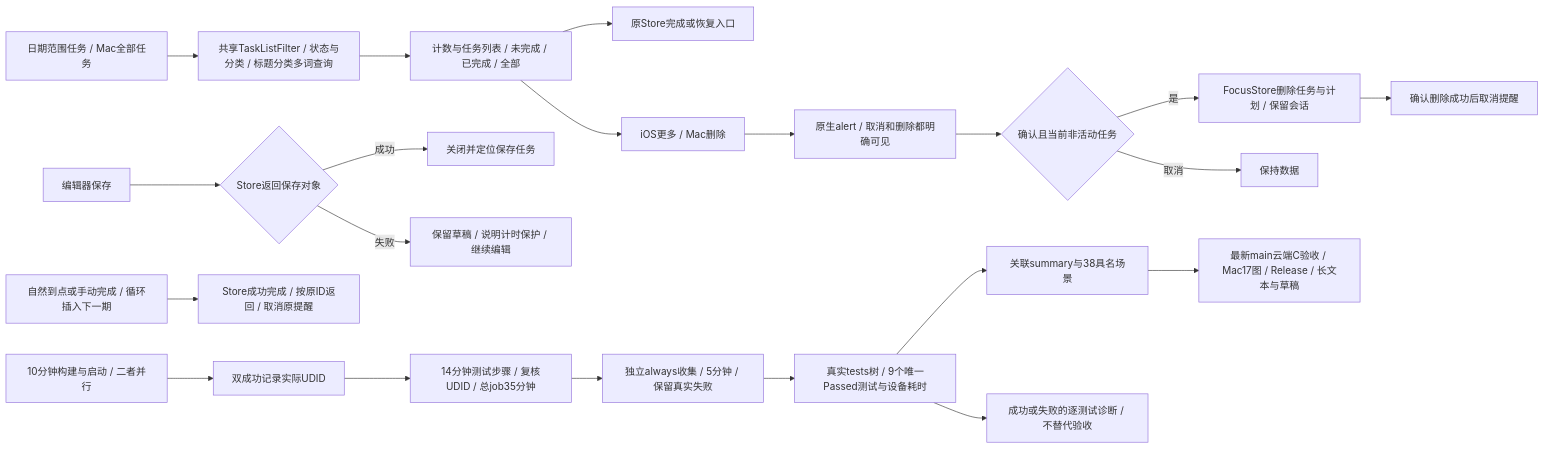
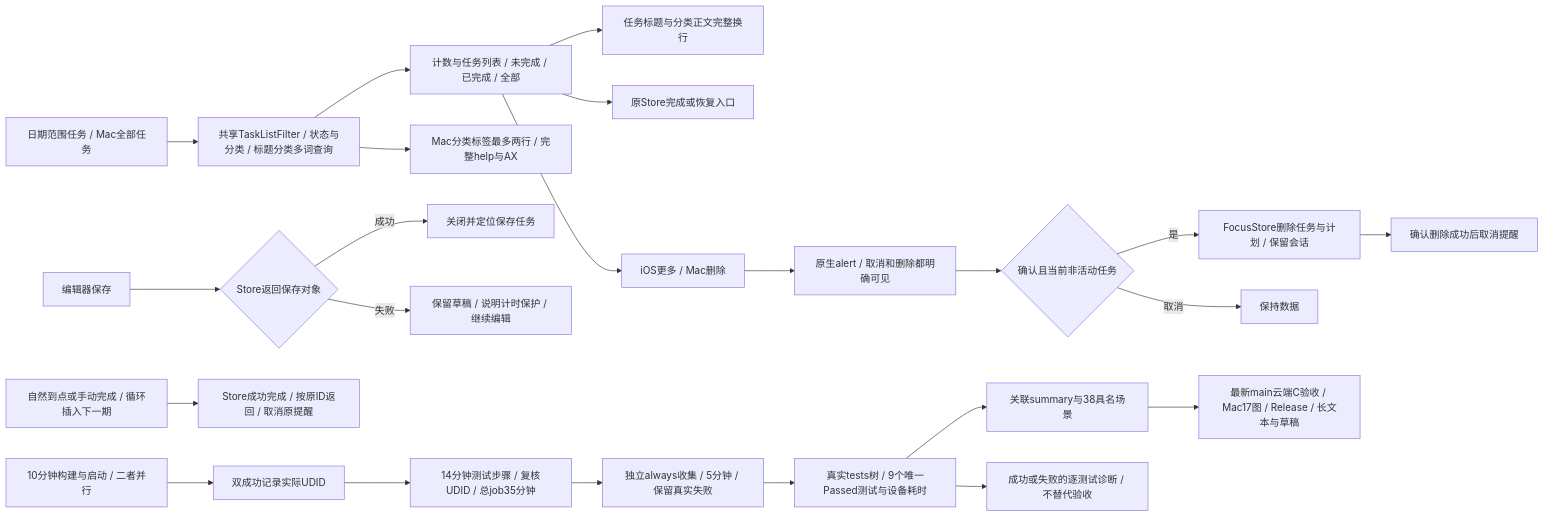
One commit to Altman-sam114/114 changed the first of 14 diagrams in md/flow/flowchart.md. Above: the diagram before and after it, drawn with Mermaid. The commit also changed other lines of this file and 8 other files, not shown here.

````diff
--- a/md/flow/flowchart.md
+++ b/md/flow/flowchart.md
@@ -5,23 +5,25 @@
 ```mermaid
 flowchart LR
   BASE[日期范围任务 / Mac全部任务] --> FILTER[共享TaskListFilter / 状态与分类 / 标题分类多词查询]
   FILTER --> VIEW[计数与任务列表 / 未完成 / 已完成 / 全部]
+  FILTER --> CHIPS[Mac分类标签最多两行 / 完整help与AX]
+  VIEW --> TEXT[任务标题与分类正文完整换行]
   VIEW --> RESTORE[原Store完成或恢复入口]
   VIEW --> MORE[iOS更多 / Mac删除]
   MORE --> ALERT[原生alert / 取消和删除都明确可见]
   ALERT --> CONFIRM{确认且当前非活动任务}
   CONFIRM -->|是| DELETE[FocusStore删除任务与计划 / 保留会话]
   DELETE --> REMINDER[确认删除成功后取消提醒]
   CONFIRM -->|取消| KEEP[保持数据]
   EDIT[编辑器保存] --> SAVED{Store返回保存对象}
   SAVED -->|成功| LOCATE[关闭并定位保存任务]
   SAVED -->|失败| DRAFT[保留草稿 / 说明计时保护 / 继续编辑]
   REPEAT[自然到点或手动完成 / 循环插入下一期] --> ID[Store成功完成 / 按原ID返回 / 取消原提醒]
   TREE[真实tests树 / 9个唯一Passed测试与设备耗时] --> EVIDENCE[关联summary与38具名场景]
   EVIDENCE --> C[最新main云端C验收 / Mac17图 / Release / 长文本与草稿]
   TREE --> DIAG[成功或失败的逐测试诊断 / 不替代验收]
   BUILD[10分钟构建与启动 / 二者并行] --> READY[双成功记录实际UDID]
   READY --> RUN[14分钟测试步骤 / 复核UDID / 总job35分钟]
   RUN --> COLLECT[独立always收集 / 5分钟 / 保留真实失败]
   COLLECT --> TREE
 ```
````
